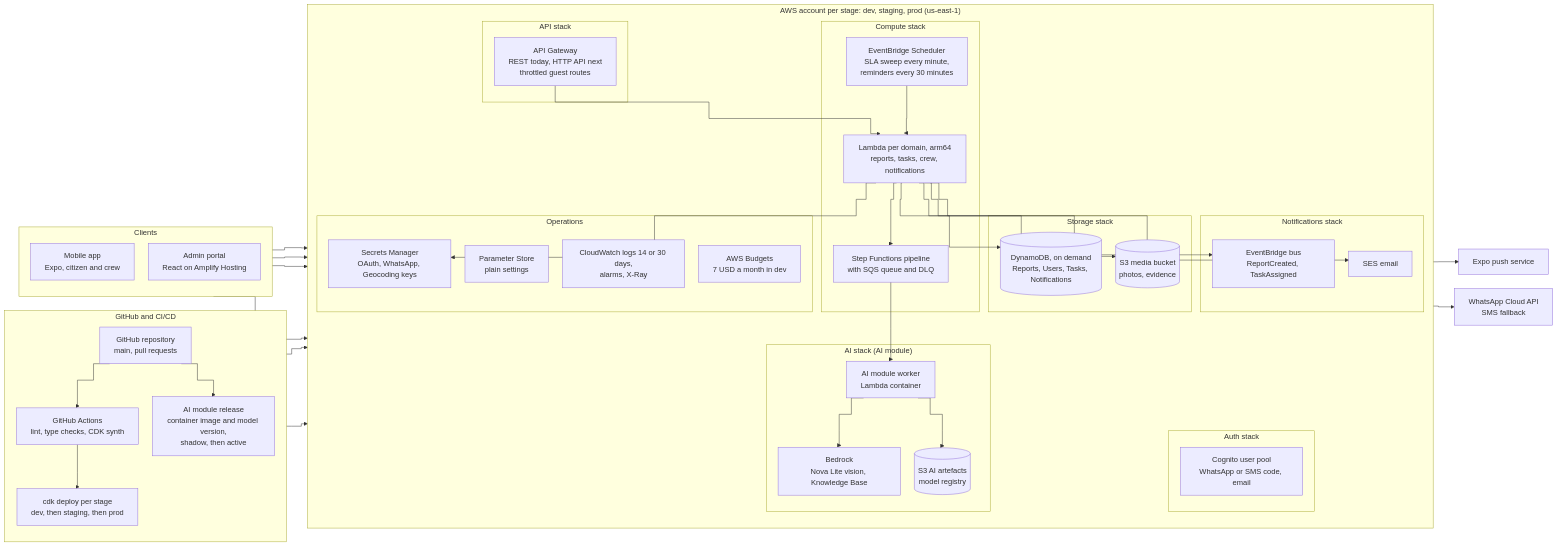
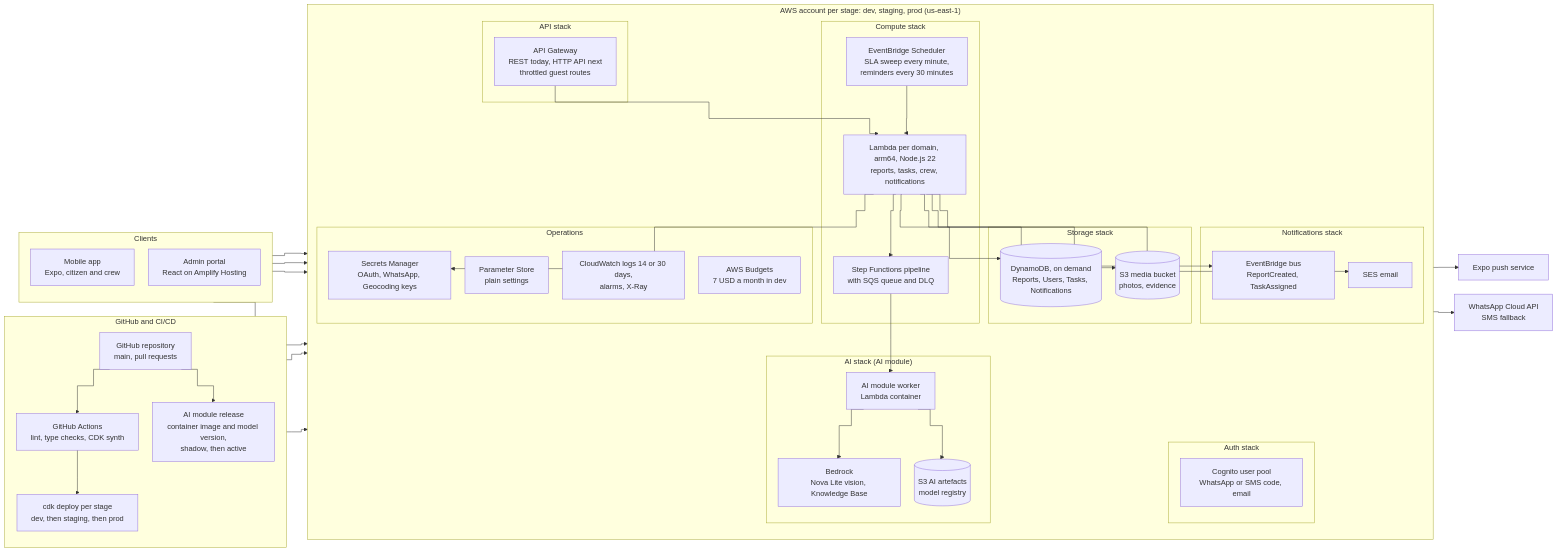
Before and after one commit to SuinyuyMathiasMahla/cleanLoop1: the first of 5 diagrams in docs/diagrams/release-1.md, drawn with Mermaid. The commit also changed 2 other files, not shown here.

Commit message:
docs(diagrams): redraw the cloud architecture to match the accepted ADR 0001
Figure 1 now shows the approved design: WhatsApp-first sign-in with SMS
fallback, push through Expo instead of SNS, image analysis on Bedrock
Nova Lite, the HTTP API with its JWT authorizer, Lambdas on arm64 and
Node.js 22, OpenFreeMap tiles in the citizen app, and Secrets Manager
holding the OAuth, WhatsApp and geocoding keys under AWS-managed KMS
keys. Figure 3 notes the Node.js 22 runtime.

````diff
--- a/docs/diagrams/release-1.md
+++ b/docs/diagrams/release-1.md
@@ -16,76 +16,76 @@
 ```mermaid
 %%{init: {"flowchart": {"curve": "step", "nodeSpacing": 30, "rankSpacing": 45}}}%%
 flowchart LR
   subgraph Pipeline["GitHub and CI/CD"]
     direction TB
     Repo["GitHub repository<br/>main, pull requests"]
     CI["GitHub Actions<br/>lint, type checks, CDK synth"]
     Promote["cdk deploy per stage<br/>dev, then staging, then prod"]
     AIMRelease["AI module release<br/>container image and model version,<br/>shadow, then active"]
     Repo --> CI --> Promote
     Repo --> AIMRelease
   end
 
   subgraph Clients["Clients"]
     direction TB
     Mobile["Mobile app<br/>Expo, citizen and crew"]
     Portal["Admin portal<br/>React on Amplify Hosting"]
   end
 
   subgraph Account["AWS account per stage: dev, staging, prod (us-east-1)"]
     direction TB
     subgraph AuthStack["Auth stack"]
       Cognito["Cognito user pool<br/>WhatsApp or SMS code, email"]
     end
     subgraph ApiStack["API stack"]
       APIGW["API Gateway<br/>REST today, HTTP API next<br/>throttled guest routes"]
     end
     subgraph ComputeStack["Compute stack"]
-      Lambdas["Lambda per domain, arm64<br/>reports, tasks, crew, notifications"]
+      Lambdas["Lambda per domain, arm64, Node.js 22<br/>reports, tasks, crew, notifications"]
       Sched["EventBridge Scheduler<br/>SLA sweep every minute,<br/>reminders every 30 minutes"]
       Pipe["Step Functions pipeline<br/>with SQS queue and DLQ"]
     end
     subgraph StorageStack["Storage stack"]
       DDB[("DynamoDB, on demand<br/>Reports, Users, Tasks, Notifications")]
       Media[("S3 media bucket<br/>photos, evidence")]
     end
     subgraph NotifyStack["Notifications stack"]
       Bus["EventBridge bus<br/>ReportCreated, TaskAssigned"]
       SES["SES email"]
     end
     subgraph AIStack["AI stack (AI module)"]
       AIM["AI module worker<br/>Lambda container"]
       Bedrock["Bedrock<br/>Nova Lite vision, Knowledge Base"]
       Artefacts[("S3 AI artefacts<br/>model registry")]
     end
     subgraph Ops["Operations"]
       Secrets["Secrets Manager<br/>OAuth, WhatsApp, Geocoding keys"]
       Params["Parameter Store<br/>plain settings"]
       Watch["CloudWatch logs 14 or 30 days,<br/>alarms, X-Ray"]
       Budget["AWS Budgets<br/>7 USD a month in dev"]
     end
   end
 
   Expo["Expo push service"]
   WhatsApp["WhatsApp Cloud API<br/>SMS fallback"]
 
   Mobile --> APIGW
   Portal --> APIGW
   Mobile --> Cognito
   Portal --> Cognito
   APIGW --> Lambdas
   Lambdas --> DDB
   Lambdas --> Media
   Lambdas --> Bus
   Sched --> Lambdas
   Lambdas --> Pipe
   Pipe --> AIM
   AIM --> Bedrock
   AIM --> Artefacts
   Lambdas --> Expo
   Lambdas --> SES
   Cognito --> WhatsApp
   Lambdas --> Secrets
   Promote --> Account
   AIMRelease --> AIStack
 ```
````
